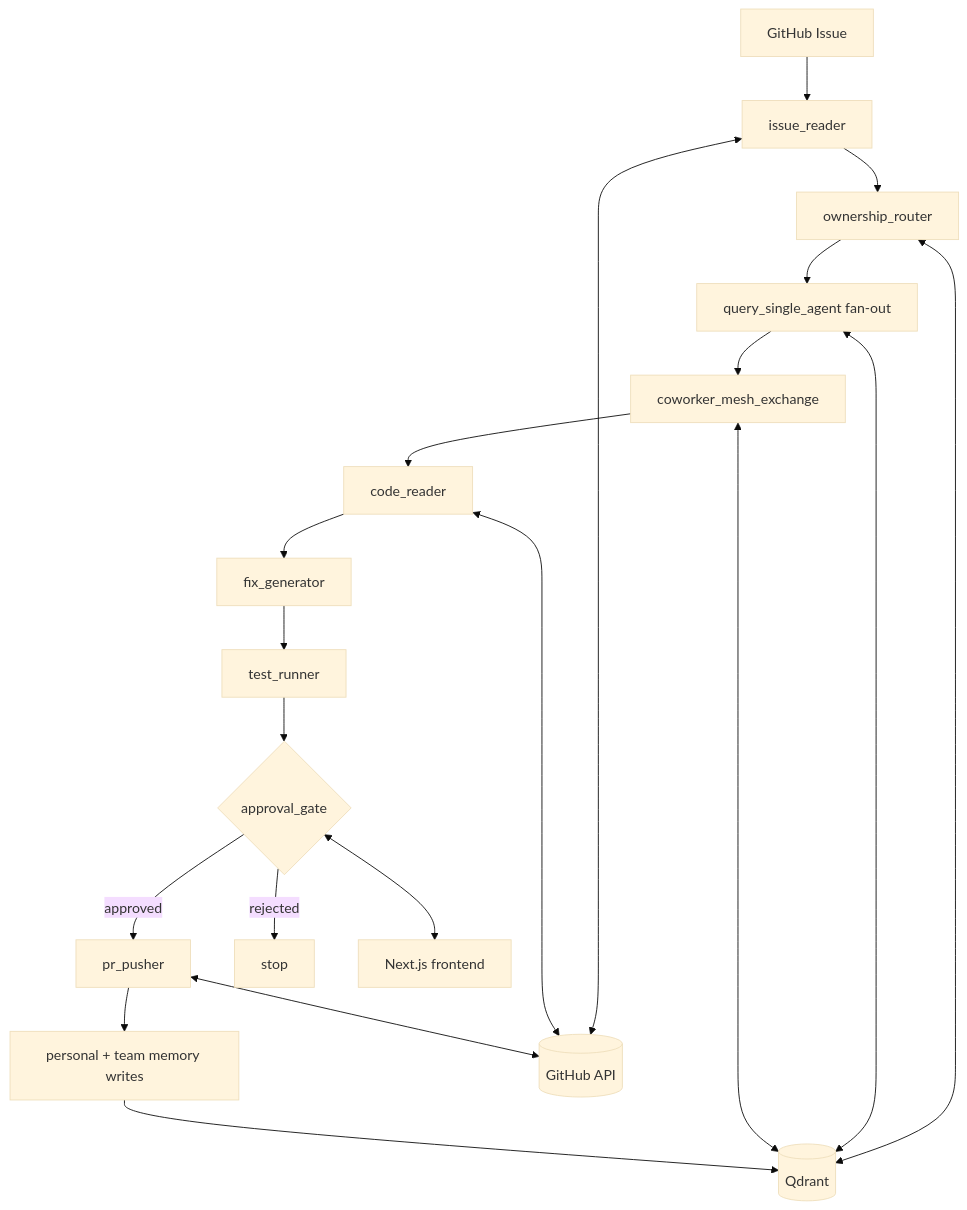
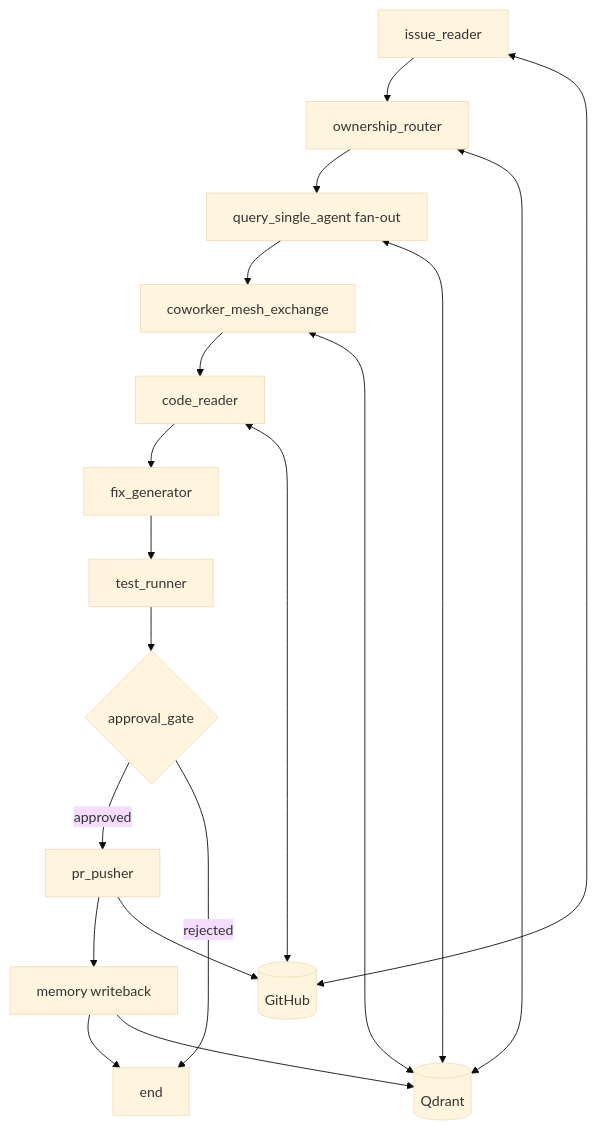
The second of 7 diagrams in README.md (Neilyoo98/GDSC-Hackathon), drawn with Mermaid (base theme) before and after one commit. The commit also changed other lines of this file, not shown here.

Commit message:
Polish README architecture narrative

````diff
--- a/README.md
+++ b/README.md
@@ -62,27 +129,22 @@
 ```mermaid
 flowchart TD
-    issue[GitHub Issue] --> reader[issue_reader]
-    reader --> router[ownership_router]
-    router --> owners[query_single_agent fan-out]
-    owners --> mesh[coworker_mesh_exchange]
-    mesh --> code[code_reader]
-    code --> fix[fix_generator]
-    fix --> tests[test_runner]
-    tests --> approval{approval_gate}
-    approval -- approved --> pr[pr_pusher]
-    approval -- rejected --> stop[stop]
-    pr --> memory[personal + team memory writes]
+    A["issue_reader"] --> B["ownership_router"]
+    B --> C["query_single_agent fan-out"]
+    C --> D["coworker_mesh_exchange"]
+    D --> E["code_reader"]
+    E --> F["fix_generator"]
+    F --> G["test_runner"]
+    G --> H{"approval_gate"}
+    H -- approved --> I["pr_pusher"]
+    H -- rejected --> J["end"]
+    I --> K["memory writeback"]
+    K --> J
 
-    qdrant[(Qdrant)]
-    github[(GitHub API)]
-    frontend[Next.js frontend]
-
-    router <--> qdrant
-    owners <--> qdrant
-    mesh <--> qdrant
-    memory --> qdrant
-    reader <--> github
-    code <--> github
-    pr <--> github
-    approval <--> frontend
+    M[(Qdrant)] <--> B
+    M <--> C
+    M <--> D
+    K --> M
+    GH[(GitHub)] <--> A
+    GH <--> E
+    I --> GH
 ```
````
